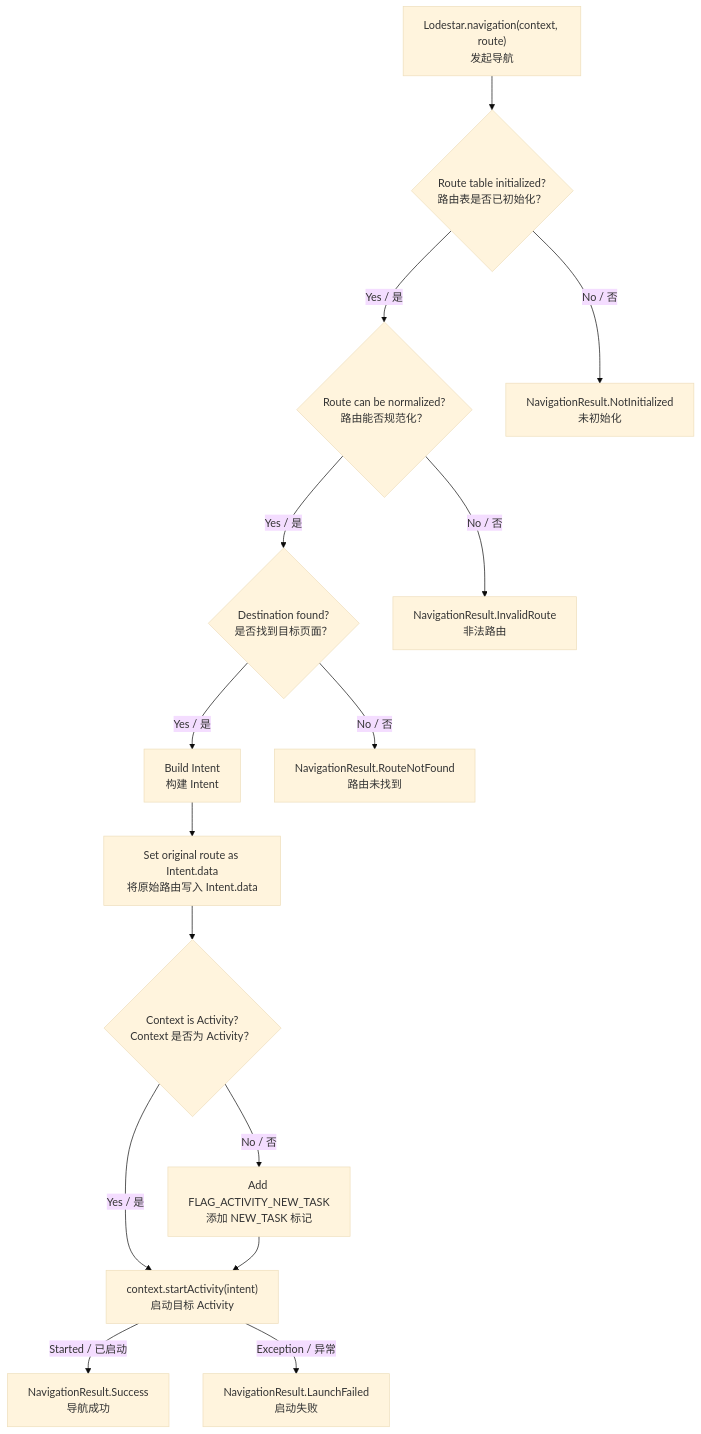
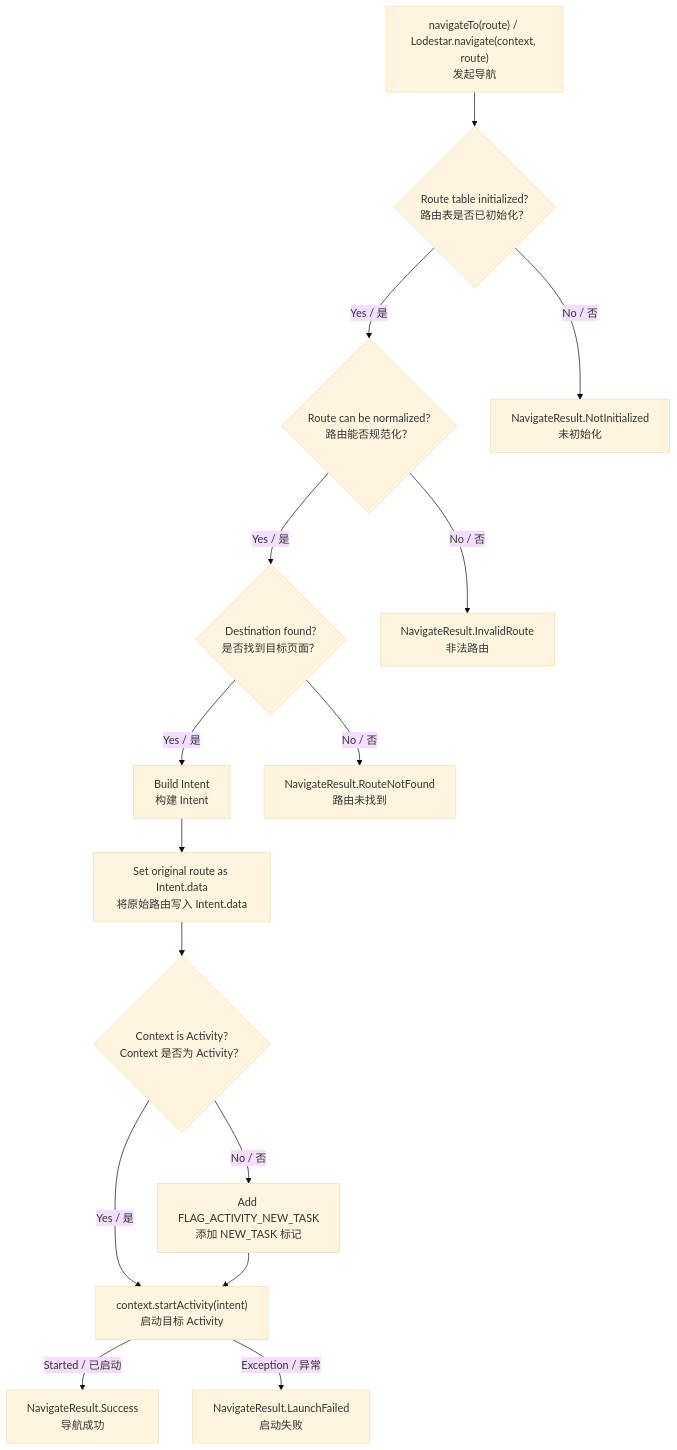
Before and after one commit to oayilix/lodestar: the second of 3 diagrams in README.md, drawn with Mermaid (base theme). The commit also changed other lines of this file and 5 other files, not shown here.

````diff
--- a/README.md
+++ b/README.md
@@ -292,32 +294,32 @@
 ```mermaid
 flowchart TD
-    Start["Lodestar.navigation(context, route)\n发起导航"]
+    Start["navigateTo(route) / Lodestar.navigate(context, route)\n发起导航"]
     Init{"Route table initialized?\n路由表是否已初始化？"}
     Normalize{"Route can be normalized?\n路由能否规范化？"}
     Lookup{"Destination found?\n是否找到目标页面？"}
     Build["Build Intent\n构建 Intent"]
     Data["Set original route as Intent.data\n将原始路由写入 Intent.data"]
     NewTask{"Context is Activity?\nContext 是否为 Activity？"}
     AddFlag["Add FLAG_ACTIVITY_NEW_TASK\n添加 NEW_TASK 标记"]
     Launch["context.startActivity(intent)\n启动目标 Activity"]
-    Success["NavigationResult.Success\n导航成功"]
-    NotInitialized["NavigationResult.NotInitialized\n未初始化"]
-    Invalid["NavigationResult.InvalidRoute\n非法路由"]
-    NotFound["NavigationResult.RouteNotFound\n路由未找到"]
-    Failed["NavigationResult.LaunchFailed\n启动失败"]
+    Success["NavigateResult.Success\n导航成功"]
+    NotInitialized["NavigateResult.NotInitialized\n未初始化"]
+    Invalid["NavigateResult.InvalidRoute\n非法路由"]
+    NotFound["NavigateResult.RouteNotFound\n路由未找到"]
+    Failed["NavigateResult.LaunchFailed\n启动失败"]
 
     Start --> Init
     Init -- "No / 否" --> NotInitialized
     Init -- "Yes / 是" --> Normalize
     Normalize -- "No / 否" --> Invalid
     Normalize -- "Yes / 是" --> Lookup
     Lookup -- "No / 否" --> NotFound
     Lookup -- "Yes / 是" --> Build
     Build --> Data
     Data --> NewTask
     NewTask -- "No / 否" --> AddFlag
     NewTask -- "Yes / 是" --> Launch
     AddFlag --> Launch
     Launch -- "Started / 已启动" --> Success
     Launch -- "Exception / 异常" --> Failed
 ```
````
